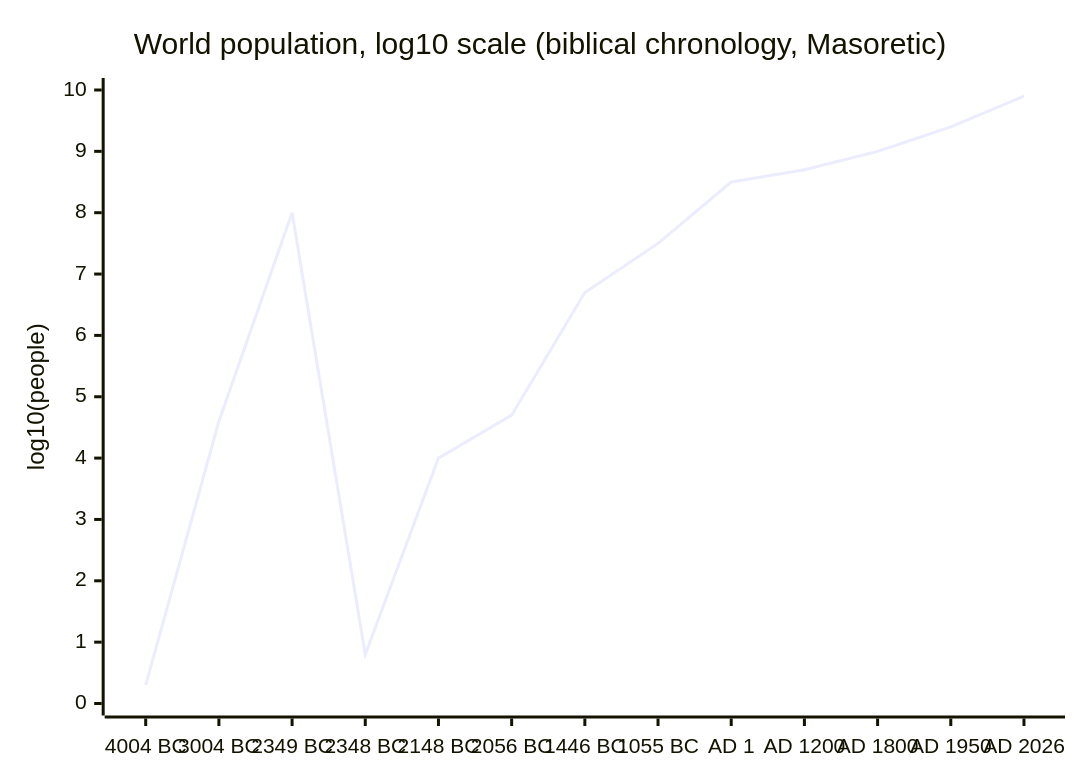
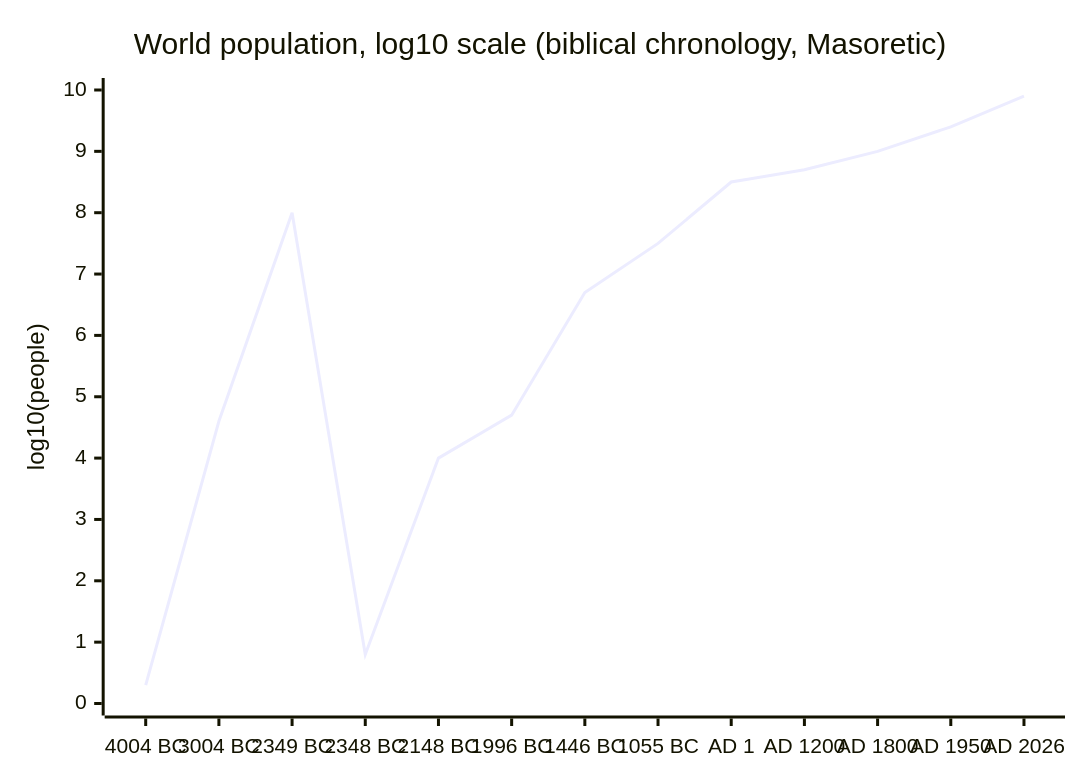
Before and after one commit to ding0t/bible_studies: the second of 3 diagrams in docs/content/god/world-population-declares-gods-creation-and-biblical-truth.md, drawn with Mermaid. The commit also changed other lines of this file and 23 other files, not shown here.

````diff
--- a/docs/content/god/world-population-declares-gods-creation-and-biblical-truth.md
+++ b/docs/content/god/world-population-declares-gods-creation-and-biblical-truth.md
@@ -462,7 +461,7 @@
 ```mermaid
 xychart-beta
     title "World population, log10 scale (biblical chronology, Masoretic)"
-    x-axis ["4004 BC", "3004 BC", "2349 BC", "2348 BC", "2148 BC", "2056 BC", "1446 BC", "1055 BC", "AD 1", "AD 1200", "AD 1800", "AD 1950", "AD 2026"]
+    x-axis ["4004 BC", "3004 BC", "2349 BC", "2348 BC", "2148 BC", "1996 BC", "1446 BC", "1055 BC", "AD 1", "AD 1200", "AD 1800", "AD 1950", "AD 2026"]
     y-axis "log10(people)" 0 --> 10
     line [0.3, 4.6, 8.0, 0.8, 4.0, 4.7, 6.7, 7.5, 8.5, 8.7, 9.0, 9.4, 9.9]
 ```
````
